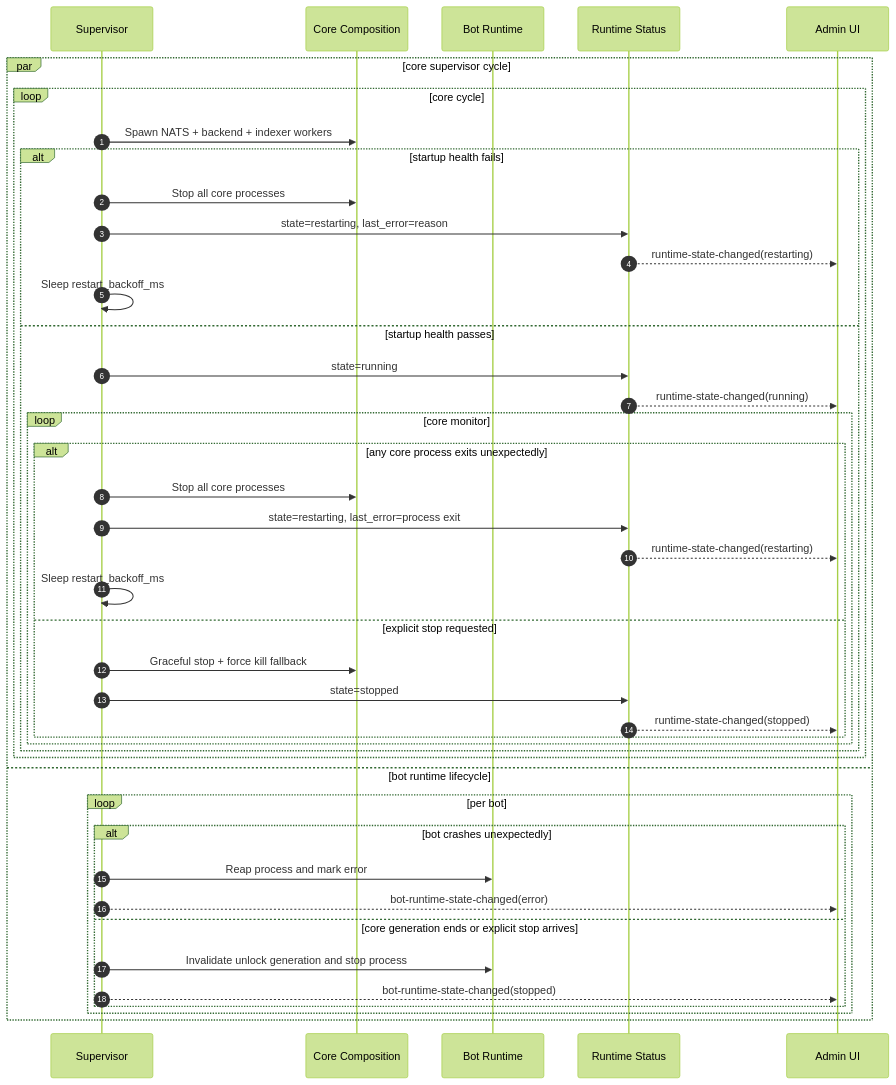
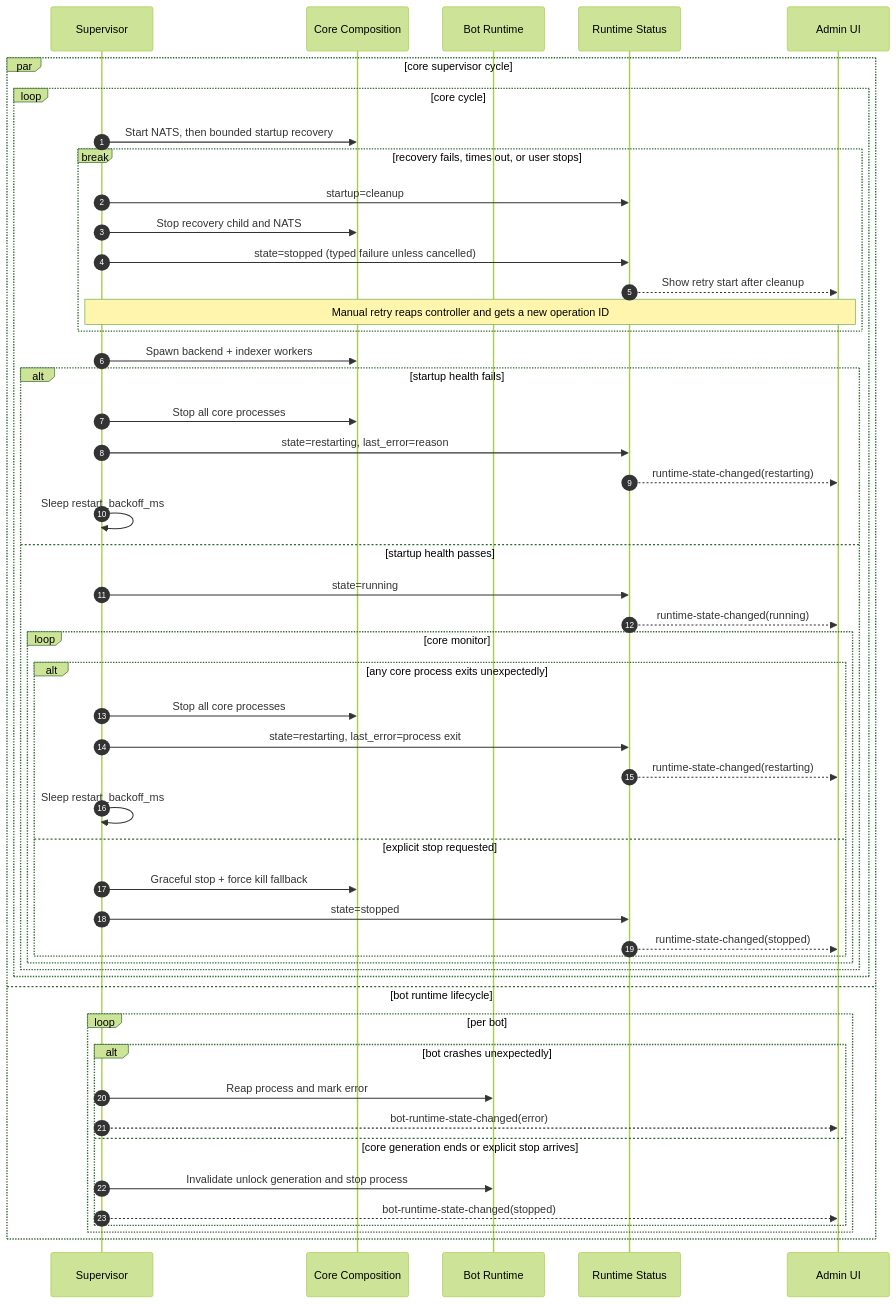
One commit to d347h-eth/artgod changed the diagram in docs/diagrams/02-desktop-failure-and-restart-loop.md. Above: the diagram before and after it, drawn with Mermaid (forest theme). The commit also changed other lines of this file and 8 other files, not shown here.

First line of the commit message:
feat(runtime): supervise bounded startup recovery

````diff
--- a/docs/diagrams/02-desktop-failure-and-restart-loop.md
+++ b/docs/diagrams/02-desktop-failure-and-restart-loop.md
@@ -6,47 +6,55 @@
 ```mermaid
 sequenceDiagram
     autonumber
     participant S as Supervisor
     participant C as Core Composition
     participant BT as Bot Runtime
     participant R as Runtime Status
     participant A as Admin UI
 
     par core supervisor cycle
         loop core cycle
-            S->>C: Spawn NATS + backend + indexer workers
+            S->>C: Start NATS, then bounded startup recovery
+            break recovery fails, times out, or user stops
+                S->>R: startup=cleanup
+                S->>C: Stop recovery child and NATS
+                S->>R: state=stopped (typed failure unless cancelled)
+                R-->>A: Show retry start after cleanup
+                Note over S,A: Manual retry reaps controller and gets a new operation ID
+            end
+            S->>C: Spawn backend + indexer workers
             alt startup health fails
                 S->>C: Stop all core processes
                 S->>R: state=restarting, last_error=reason
                 R-->>A: runtime-state-changed(restarting)
                 S->>S: Sleep restart_backoff_ms
             else startup health passes
                 S->>R: state=running
                 R-->>A: runtime-state-changed(running)
 
                 loop core monitor
                     alt any core process exits unexpectedly
                         S->>C: Stop all core processes
                         S->>R: state=restarting, last_error=process exit
                         R-->>A: runtime-state-changed(restarting)
                         S->>S: Sleep restart_backoff_ms
                     else explicit stop requested
                         S->>C: Graceful stop + force kill fallback
                         S->>R: state=stopped
                         R-->>A: runtime-state-changed(stopped)
                     end
                 end
             end
         end
     and bot runtime lifecycle
         loop per bot
             alt bot crashes unexpectedly
                 S->>BT: Reap process and mark error
                 S-->>A: bot-runtime-state-changed(error)
             else core generation ends or explicit stop arrives
                 S->>BT: Invalidate unlock generation and stop process
                 S-->>A: bot-runtime-state-changed(stopped)
             end
         end
     end
 ```
````
